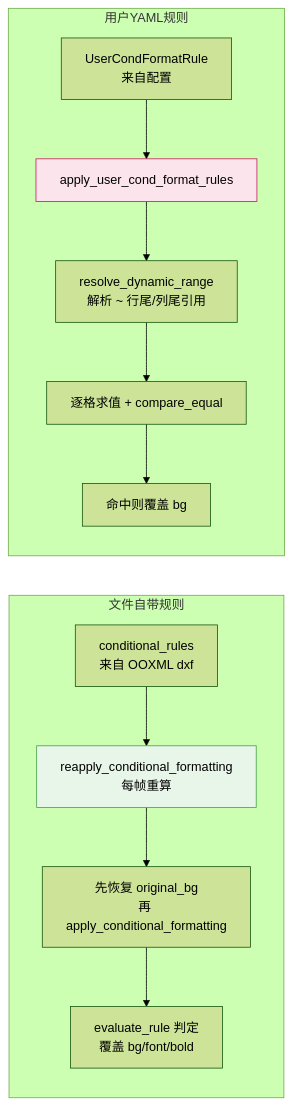
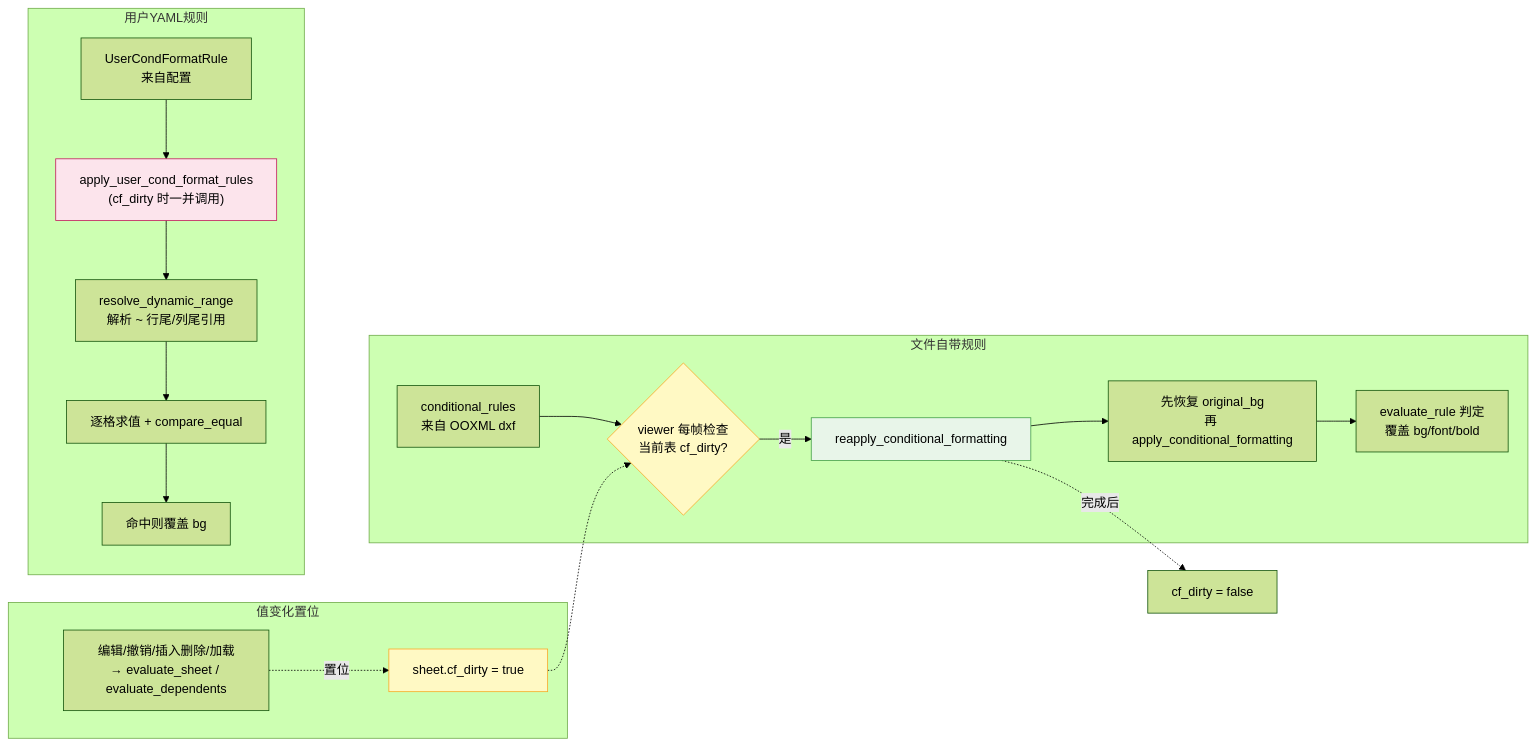
One commit to dunpju/umya-spreadsheet-excel changed the fourth of 4 diagrams in docs/excel/reader.md. Above: the diagram before and after it, drawn with Mermaid (forest theme). The commit also changed other lines of this file and 6 other files, not shown here.

````diff
--- a/docs/excel/reader.md
+++ b/docs/excel/reader.md
@@ -223,17 +245,26 @@
 ```mermaid
 flowchart LR
+    subgraph 值变化置位
+        E["编辑/撤销/插入删除/加载<br/>→ evaluate_sheet / evaluate_dependents"] -.->|置位| F["sheet.cf_dirty = true"]
+    end
     subgraph 文件自带规则
-        A1[conditional_rules<br/>来自 OOXML dxf] --> A2["reapply_conditional_formatting<br/>每帧重算"]
+        A1[conditional_rules<br/>来自 OOXML dxf] --> G{"viewer 每帧检查<br/>当前表 cf_dirty?"}
+        G -->|是| A2["reapply_conditional_formatting"]
         A2 --> A3["先恢复 original_bg<br/>再 apply_conditional_formatting"]
         A3 --> A4["evaluate_rule 判定<br/>覆盖 bg/font/bold"]
     end
     subgraph 用户YAML规则
-        B1[UserCondFormatRule<br/>来自配置] --> B2["apply_user_cond_format_rules"]
+        B1[UserCondFormatRule<br/>来自配置] --> B2["apply_user_cond_format_rules<br/>(cf_dirty 时一并调用)"]
         B2 --> B3["resolve_dynamic_range<br/>解析 ~ 行尾/列尾引用"]
         B3 --> B4["逐格求值 + compare_equal"]
         B4 --> B5["命中则覆盖 bg"]
     end
 
+    F -.-> G
+    A2 -.->|完成后| C["cf_dirty = false"]
+
+    style F fill:#fff9c4,stroke:#f9a825
+    style G fill:#fff9c4,stroke:#f9a825
     style A2 fill:#e8f5e9,stroke:#43a047
     style B2 fill:#fce4ec,stroke:#c2185b
 ```
````
